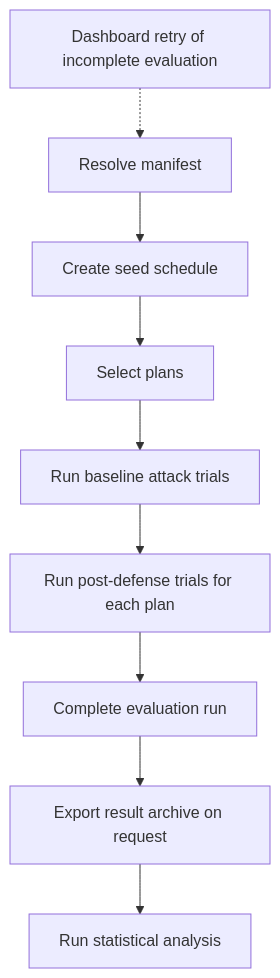
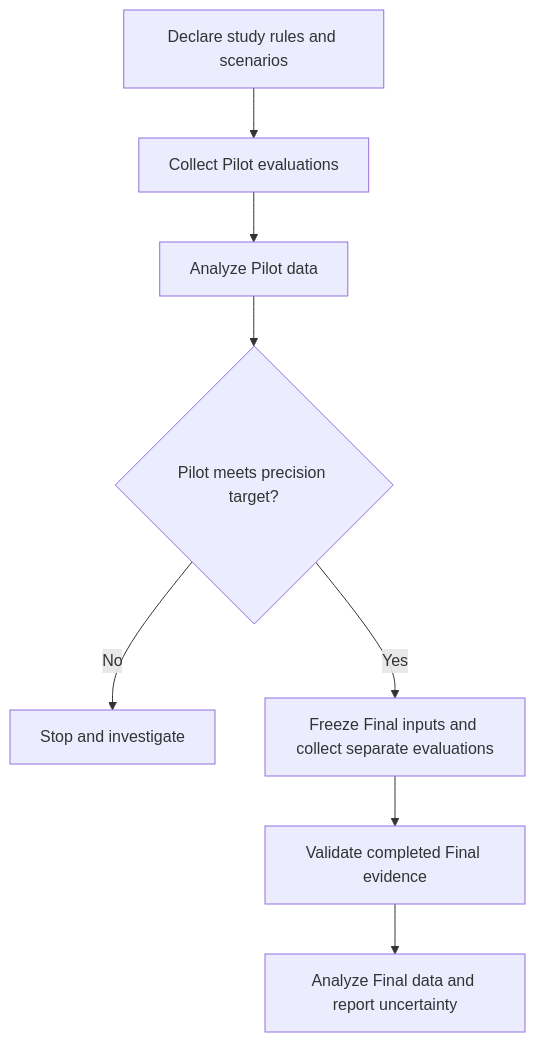
Before and after one commit to michalo1334/master_thesis: the diagram in docs/concepts/evaluation.md, drawn with Mermaid. The commit also changed other lines of this file and 117 other files, not shown here.

First line of the commit message:
feat(evaluation): add dashboard study runner

````diff
--- a/docs/concepts/evaluation.md
+++ b/docs/concepts/evaluation.md
@@ -70,11 +74,10 @@
 ```mermaid
 flowchart TD
-    A[Resolve manifest] --> B[Create seed schedule]
-    B --> C[Select plans]
-    C --> D[Run baseline attack trials]
-    D --> E[Run post-defense trials for each plan]
-    E --> F[Complete evaluation run]
-    R[Dashboard retry of incomplete evaluation] -.-> A
-    F --> G[Export result archive on request]
-    G --> H[Run statistical analysis]
+    S[Declare study rules and scenarios] --> P[Collect Pilot evaluations]
+    P --> A[Analyze Pilot data]
+    A --> G{Pilot meets precision target?}
+    G -->|No| X[Stop and investigate]
+    G -->|Yes| F[Freeze Final inputs and collect separate evaluations]
+    F --> V[Validate completed Final evidence]
+    V --> R[Analyze Final data and report uncertainty]
 ```
````
